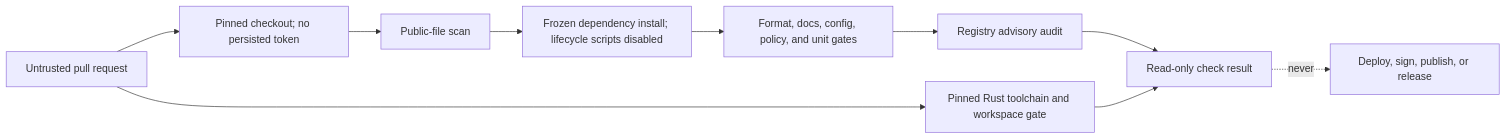
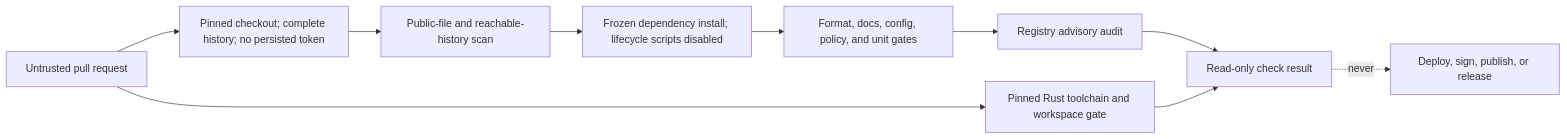
Before and after one commit to Tah10n/viberacing: the diagram in docs/architecture/CI_TRUST_MODEL.md, drawn with Mermaid. The commit also changed other lines of this file and 31 other files, not shown here.

````diff
--- a/docs/architecture/CI_TRUST_MODEL.md
+++ b/docs/architecture/CI_TRUST_MODEL.md
@@ -14,12 +14,12 @@
 ```mermaid
 flowchart LR
-  PR["Untrusted pull request"] --> CO["Pinned checkout; no persisted token"]
-  CO --> PS["Public-file scan"]
+  PR["Untrusted pull request"] --> CO["Pinned checkout; complete history; no persisted token"]
+  CO --> PS["Public-file and reachable-history scan"]
   PS --> DI["Frozen dependency install; lifecycle scripts disabled"]
   DI --> VG["Format, docs, config, policy, and unit gates"]
   VG --> AU["Registry advisory audit"]
   PR --> RT["Pinned Rust toolchain and workspace gate"]
   AU --> R["Read-only check result"]
   RT --> R
   R -. "never" .-> DP["Deploy, sign, publish, or release"]
 ```
````
